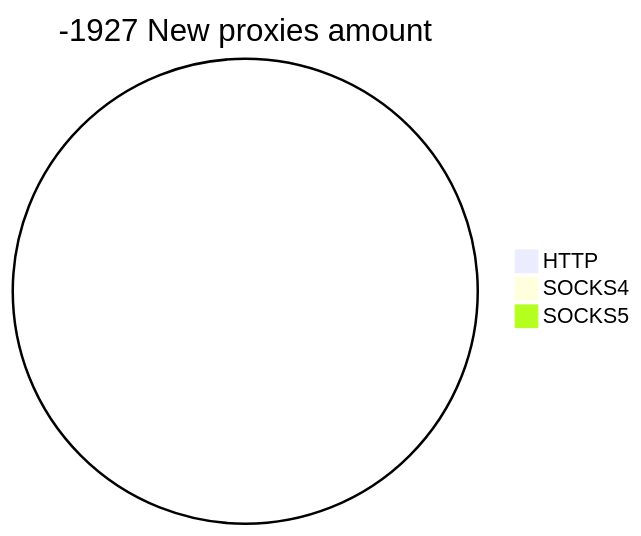
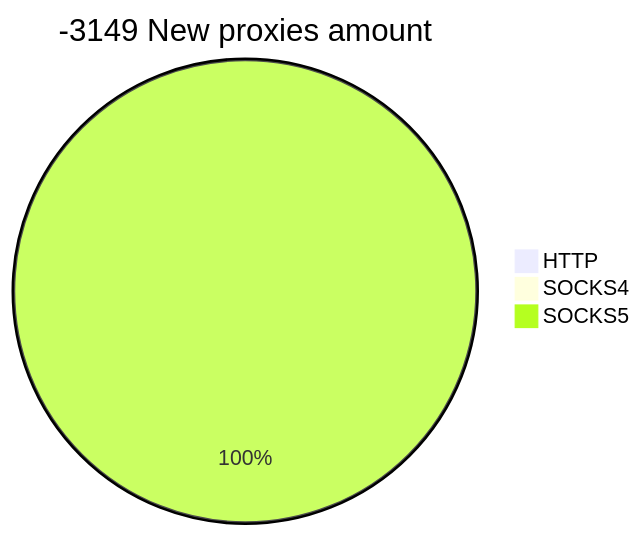
One commit to cutipu/proxylist changed the second of 2 diagrams in README.md. Above: the diagram before and after it, drawn with Mermaid. The commit also changed other lines of this file, not shown here.

````diff
--- a/README.md
+++ b/README.md
@@ -10,6 +10,6 @@
 ```mermaid
-pie title -1927 New proxies amount
+pie title -3149 New proxies amount
     "HTTP" : 0
     "SOCKS4" : 0
-    "SOCKS5" : 0
+    "SOCKS5" : 99
 ```
````
